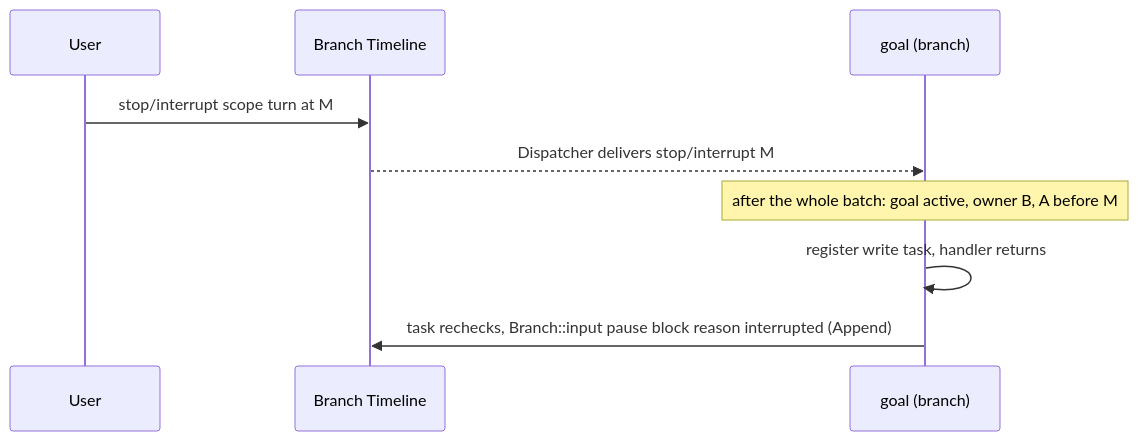
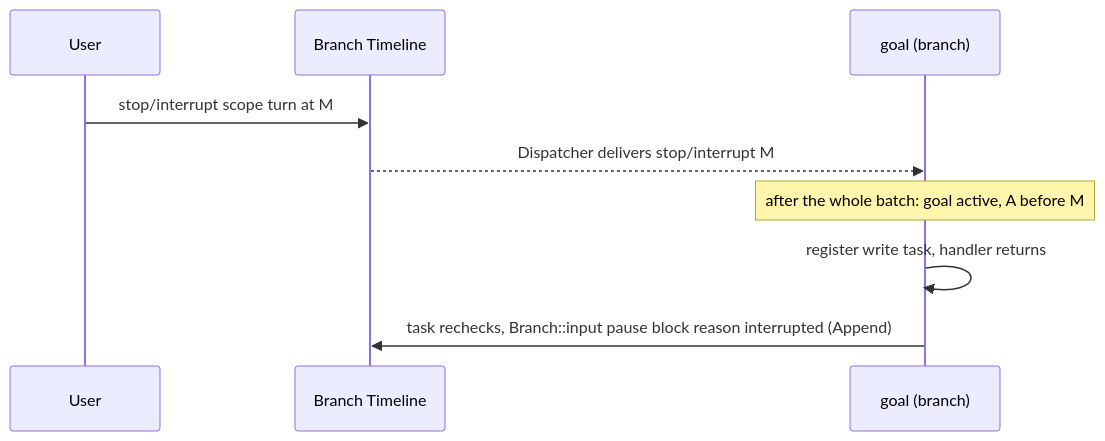
One commit to CoutinhoTTS/dim-agent changed the fifth of 7 diagrams in docs/design/plugins/Goal.md. Above: the diagram before and after it, drawn with Mermaid. The commit also changed other lines of this file and 3 other files, not shown here.

````diff
--- a/docs/design/plugins/Goal.md
+++ b/docs/design/plugins/Goal.md
@@ -148,11 +150,11 @@
 ```mermaid
 sequenceDiagram
   participant User
   participant TL as Branch Timeline
   participant G as goal (branch)
   User->>TL: stop/interrupt scope turn at M
   TL-->>G: Dispatcher delivers stop/interrupt M
-  Note over G: after the whole batch: goal active, owner B, A before M
+  Note over G: after the whole batch: goal active, A before M
   G->>G: register write task, handler returns
   G->>TL: task rechecks, Branch::input pause block reason interrupted (Append)
 ```
````
